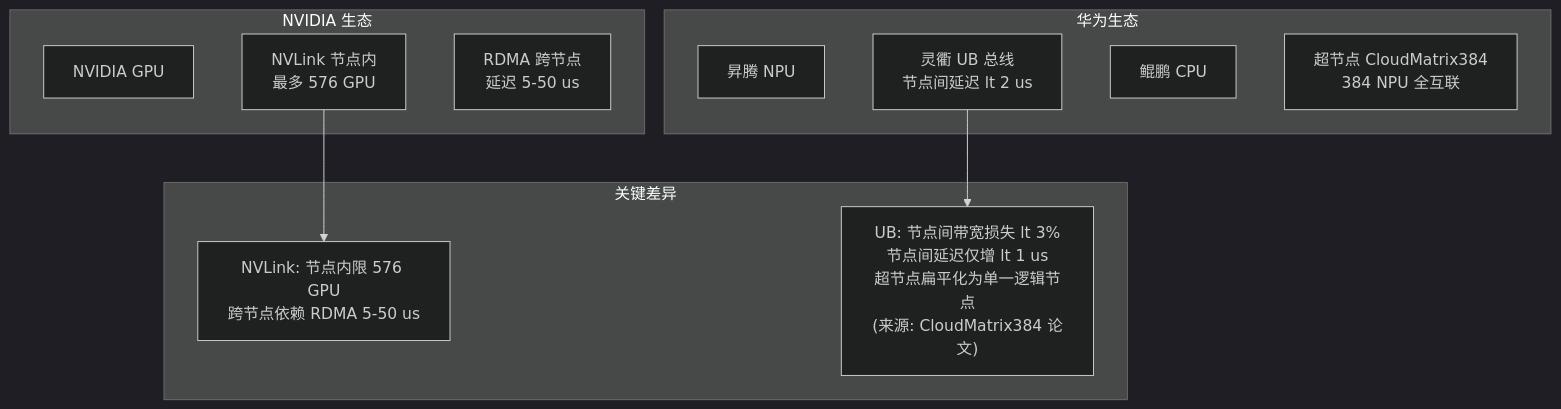
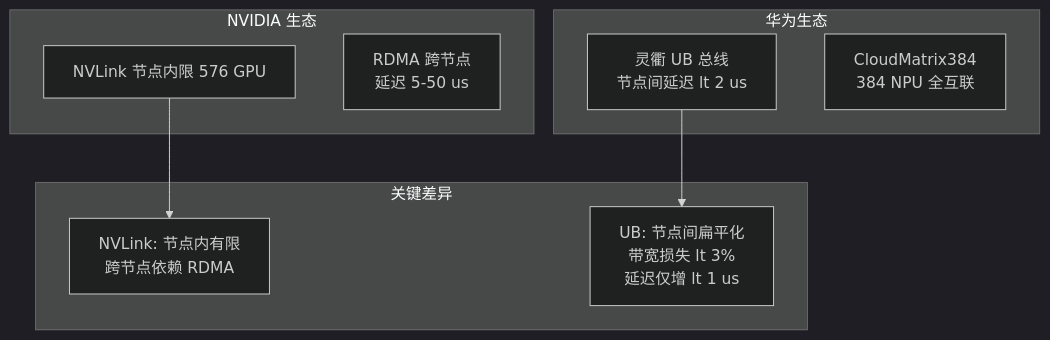
Before and after one commit to QJWang23/Mooncake: the sixth of 10 diagrams in docs/superpowers/briefings/2026-06-11-distributed-kvcache-executive-briefing.md, drawn with Mermaid (dark theme). The commit also changed other lines of this file, not shown here.

````diff
--- a/docs/superpowers/briefings/2026-06-11-distributed-kvcache-executive-briefing.md
+++ b/docs/superpowers/briefings/2026-06-11-distributed-kvcache-executive-briefing.md
@@ -245,23 +203,20 @@
 ```mermaid
 graph TB
     subgraph NVIDIA生态["NVIDIA 生态"]
-        NV_GPU["NVIDIA GPU"]
-        NVLINK["NVLink 节点内<br/>最多 576 GPU"]
-        RDMA_NV["RDMA 跨节点<br/>延迟 5-50 us"]
+        NV["NVLink 节点内限 576 GPU"]
+        RDMA["RDMA 跨节点<br/>延迟 5-50 us"]
     end
 
     subgraph 华为生态["华为生态"]
-        ASC_NPU["昇腾 NPU"]
-        UB_BUS["灵衢 UB 总线<br/>节点间延迟 lt 2 us"]
-        KUN_CPU["鲲鹏 CPU"]
-        SUPER["超节点 CloudMatrix384<br/>384 NPU 全互联"]
+        UB["灵衢 UB 总线<br/>节点间延迟 lt 2 us"]
+        CM["CloudMatrix384<br/>384 NPU 全互联"]
     end
 
-    subgraph 关键差异["关键差异"]
-        DIFF1["NVLink: 节点内限 576 GPU<br/>跨节点依赖 RDMA 5-50 us"]
-        DIFF2["UB: 节点间带宽损失 lt 3%<br/>节点间延迟仅增 lt 1 us<br/>超节点扁平化为单一逻辑节点<br/>(来源: CloudMatrix384 论文)"]
+    subgraph 对比["关键差异"]
+        D1["NVLink: 节点内有限<br/>跨节点依赖 RDMA"]
+        D2["UB: 节点间扁平化<br/>带宽损失 lt 3%<br/>延迟仅增 lt 1 us"]
     end
 
-    NVLINK --> DIFF1
-    UB_BUS --> DIFF2
+    NV --> D1
+    UB --> D2
 ```
````
